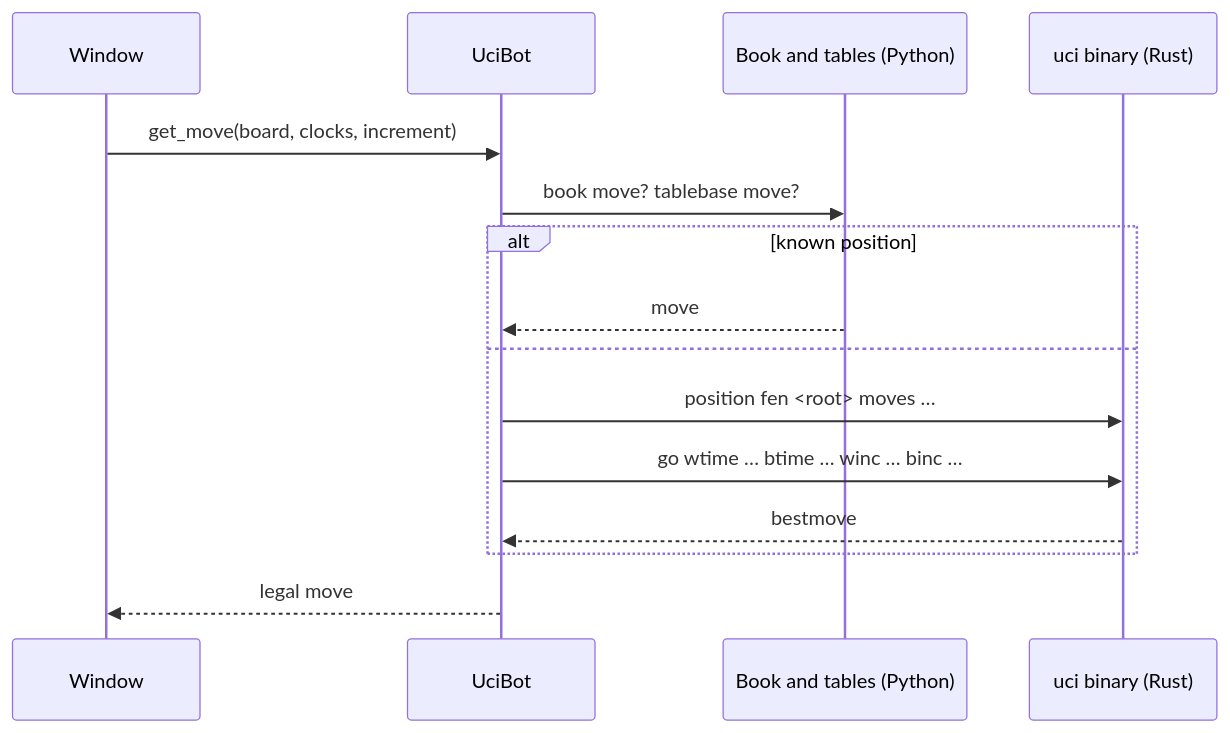
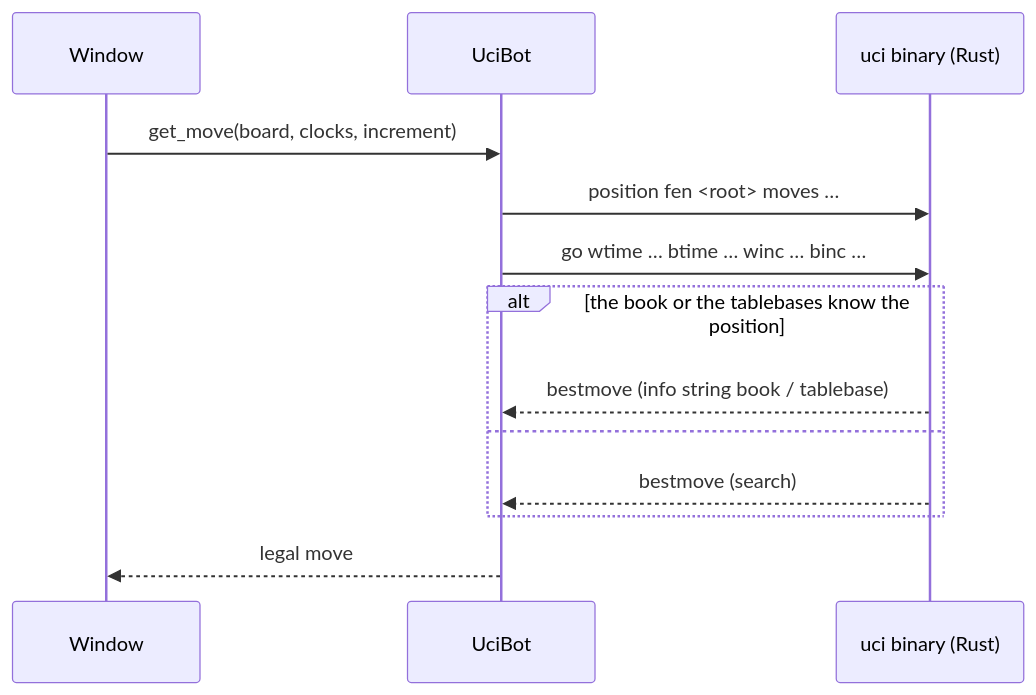
Before and after one commit to JoaquinDeVA/chess-ai-engine: the third of 3 diagrams in docs/ARCHITECTURE.md, drawn with Mermaid. The commit also changed other lines of this file and 6 other files, not shown here.

Commit message:
docs: the uci binary plays the opening book and the tablebases

````diff
--- a/docs/ARCHITECTURE.md
+++ b/docs/ARCHITECTURE.md
@@ -98,17 +96,15 @@
 ```mermaid
 sequenceDiagram
     participant W as Window
     participant B as UciBot
-    participant K as Book and tables (Python)
     participant U as uci binary (Rust)
     W->>B: get_move(board, clocks, increment)
-    B->>K: book move? tablebase move?
-    alt known position
-        K-->>B: move
+    B->>U: position fen <root> moves …
+    B->>U: go wtime … btime … winc … binc …
+    alt the book or the tablebases know the position
+        U-->>B: bestmove (info string book / tablebase)
     else
-        B->>U: position fen <root> moves …
-        B->>U: go wtime … btime … winc … binc …
-        U-->>B: bestmove
+        U-->>B: bestmove (search)
     end
     B-->>W: legal move
 ```
````
